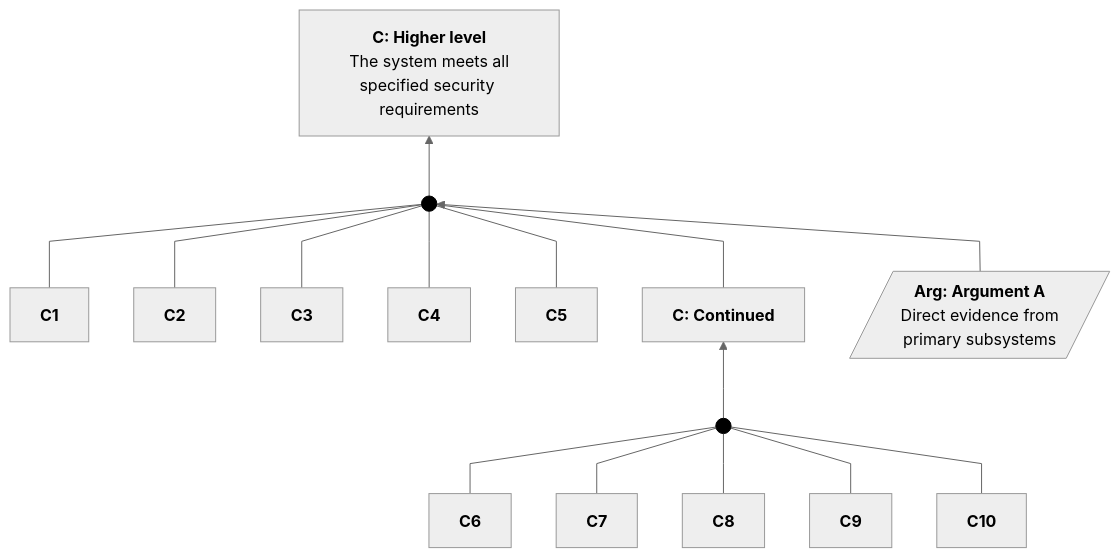
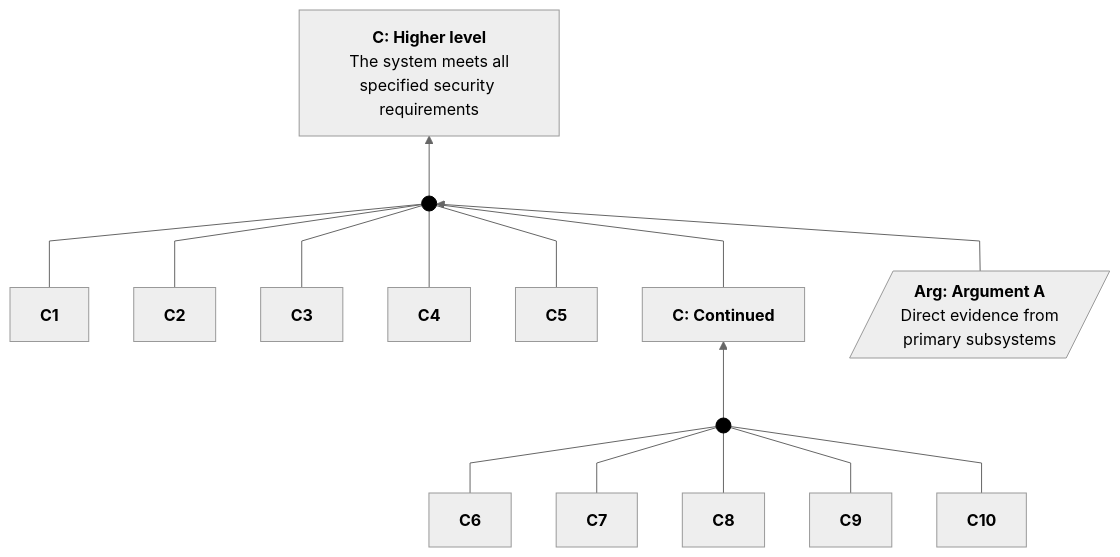
Diagram 22 of 22 in docs/sacm-mermaid.md (coreinfrastructure/best-practices-badge), drawn with Mermaid before and after one commit. The commit also changed other lines of this file and 1 other file, not shown here.

Commit message:
Try moving back to hair space

````diff
--- a/docs/sacm-mermaid.md
+++ b/docs/sacm-mermaid.md
@@ -1482,60 +1482,60 @@
 ```mermaid
 ---
 config:
   theme: neutral
   flowchart:
     curve: linear
     htmlLabels: true
     rankSpacing: 60
     nodeSpacing: 45
     padding: 15
 ---
 flowchart BT
     %% sacmDot: Reifies AssertedInference, color:#000 hides the text
     classDef sacmDot fill:#000,stroke:#000,width:6px,height:6px,color:#000,font-size:1px
 
     %% --- Top Level Section ---
     C_High["<b>C: Higher level</b><br>The system meets all<br>specified security requirements"]
 
     %% Junction for the first set of claims
-    Inf1(("·")):::sacmDot
+    Inf1((" ")):::sacmDot
     Arg1[/"<b>Arg: Argument A</b><br>Direct evidence from<br>primary subsystems"/]
 
     %% Supporting Claims
     C1["<b>C1</b>"]
     C2["<b>C2</b>"]
     C3["<b>C3</b>"]
     C4["<b>C4</b>"]
     C5["<b>C5</b>"]
     C_Cont["<b>C: Continued</b>"]
 
     %% Connections
     C1 --- Inf1
     C2 --- Inf1
     C3 --- Inf1
     C4 --- Inf1
     C5 --- Inf1
     C_Cont --- Inf1
 
     Arg1 --> Inf1
     Inf1 --> C_High
 
     %% --- Second Level Section ---
     %% Junction for the continued claims
-    Inf2((".")):::sacmDot
+    Inf2((" ")):::sacmDot
 
     %% Supporting Claims 6-10
     C6["<b>C6</b>"]
     C7["<b>C7</b>"]
     C8["<b>C8</b>"]
     C9["<b>C9</b>"]
     C10["<b>C10</b>"]
 
     %% Connections
     C6 --- Inf2
     C7 --- Inf2
     C8 --- Inf2
     C9 --- Inf2
     C10 --- Inf2
     Inf2 --> C_Cont
 ```
````
